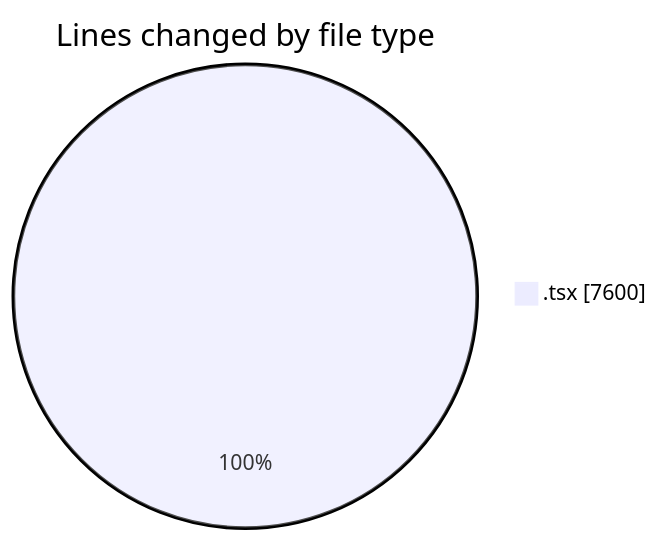
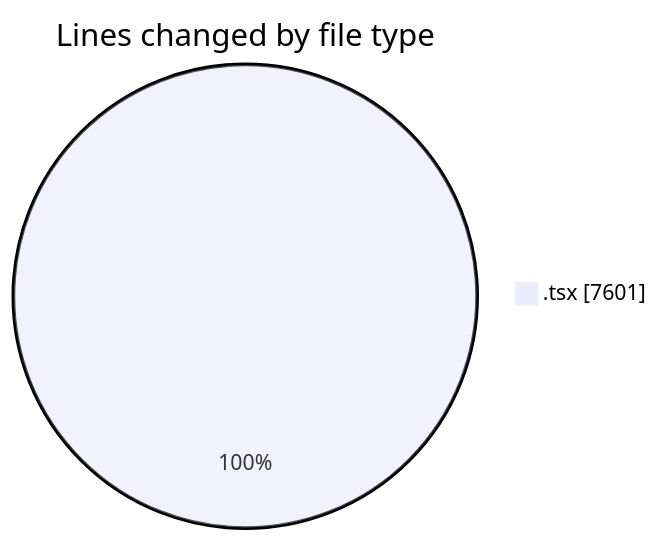
One commit to nxtqubesakshisongat/code-tracking changed the first of 2 diagrams in 2026-08-24/nxtqube_webapp/README.md. Above: the diagram before and after it, drawn with Mermaid. The commit also changed other lines of this file and 1 other file, not shown here.

````diff
--- a/2026-08-24/nxtqube_webapp/README.md
+++ b/2026-08-24/nxtqube_webapp/README.md
@@ -33,5 +33,5 @@
 ```mermaid
 pie showData
 title Lines changed by file type
-".tsx" : 7600
+".tsx" : 7601
 ```
````
